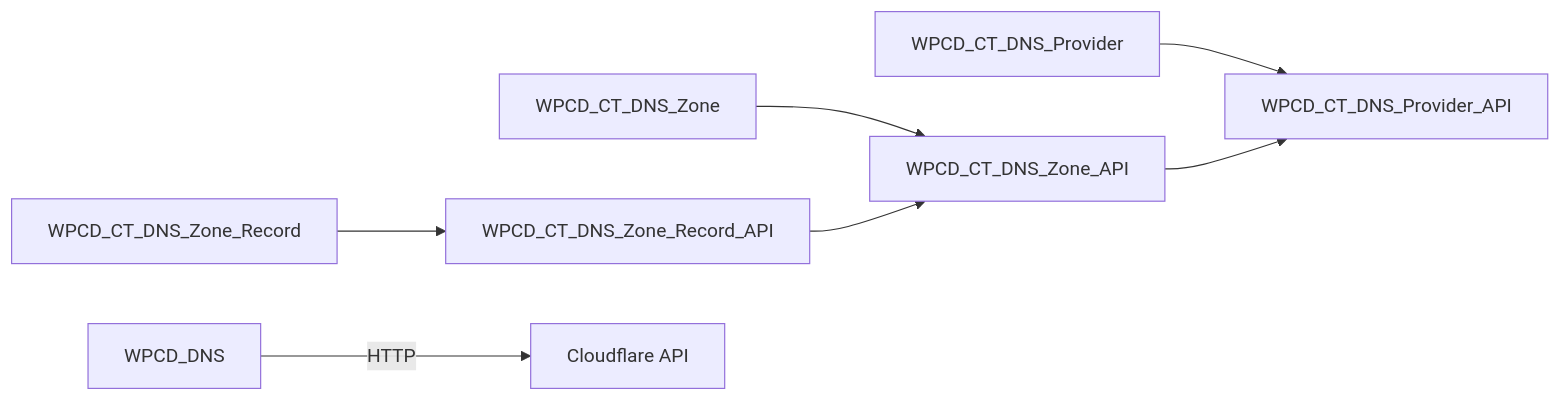
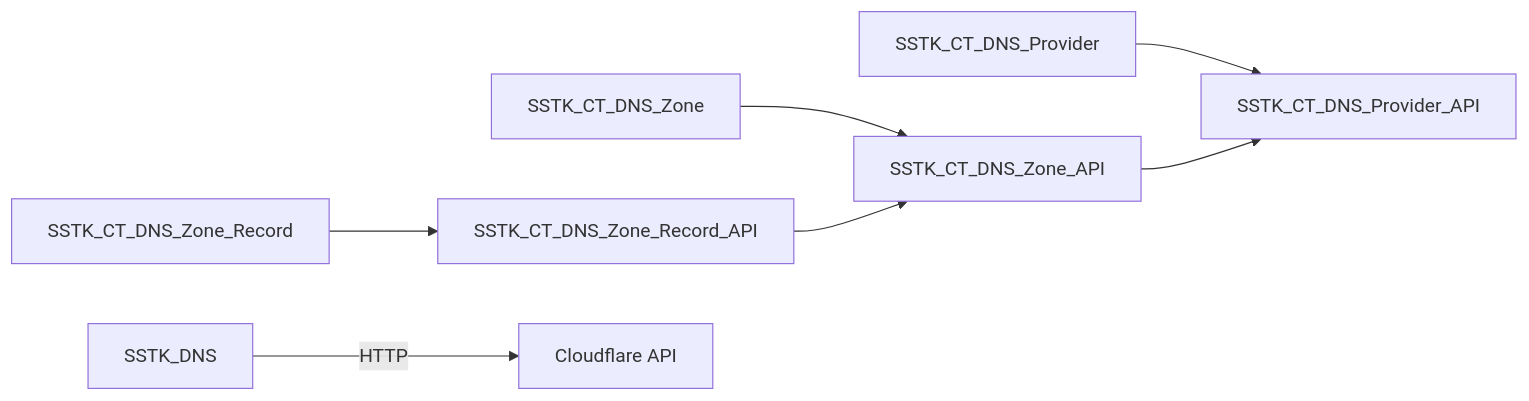
Before and after one commit to onedogsolutions/simple-stack: the seventh of 7 diagrams in .qoder/repowiki/en/content/Data Management/DNS Data Structures.md, drawn with Mermaid. The commit also changed other lines of this file and 5941 other files, not shown here.

````diff
--- a/.qoder/repowiki/en/content/Data Management/DNS Data Structures.md
+++ b/.qoder/repowiki/en/content/Data Management/DNS Data Structures.md
@@ -321,9 +321,9 @@
 ```mermaid
 graph LR
-ProviderModel["WPCD_CT_DNS_Provider"] --> ProviderAPI["WPCD_CT_DNS_Provider_API"]
-ZoneModel["WPCD_CT_DNS_Zone"] --> ZoneAPI["WPCD_CT_DNS_Zone_API"]
-RecordModel["WPCD_CT_DNS_Zone_Record"] --> RecordAPI["WPCD_CT_DNS_Zone_Record_API"]
+ProviderModel["SSTK_CT_DNS_Provider"] --> ProviderAPI["SSTK_CT_DNS_Provider_API"]
+ZoneModel["SSTK_CT_DNS_Zone"] --> ZoneAPI["SSTK_CT_DNS_Zone_API"]
+RecordModel["SSTK_CT_DNS_Zone_Record"] --> RecordAPI["SSTK_CT_DNS_Zone_Record_API"]
 ZoneAPI --> ProviderAPI
 RecordAPI --> ZoneAPI
-WPCD_DNS --> |"HTTP"| Cloudflare["Cloudflare API"]
+SSTK_DNS --> |"HTTP"| Cloudflare["Cloudflare API"]
 ```
````
